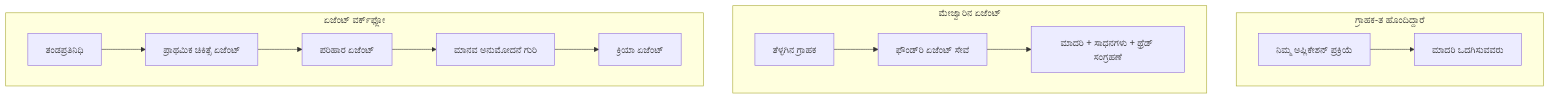
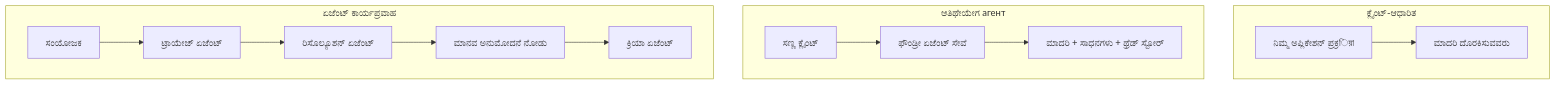
The first of 4 diagrams in translations/kn/16-deploying-scalable-agents/README.md (microsoft/ai-agents-for-beginners), drawn with Mermaid before and after one commit. The commit also changed other lines of this file and 43 other files, not shown here.

````diff
--- a/translations/kn/16-deploying-scalable-agents/README.md
+++ b/translations/kn/16-deploying-scalable-agents/README.md
@@ -87,16 +87,16 @@
 ```mermaid
 flowchart TB
-    subgraph P1[ಗ್ರಾಹಕ-ತ ಹೊಂದಿದ್ದಾರೆ]
-        A1[ನಿಮ್ಮ ಅಪ್ಲಿಕೇಶನ್ ಪ್ರಕ್ರಿಯೆ] --> M1[ಮಾದರಿ ಒದಗಿಸುವವರು]
+    subgraph P1[ಕ್ಲೈಂಟ್-ಆಧಾರಿತ]
+        A1[ನಿಮ್ಮ ಅಪ್ಲಿಕೇಶನ್ ಪ್ರಕ್ರিয়া] --> M1[ಮಾದರಿ ದೊರಕಿಸುವವರು]
     end
-    subgraph P2[ಮೇಜ್ವಾರಿನ ಏಜೆಂಟ್]
-        A2[ತೆಳ್ಳಗಿನ ಗ್ರಾಹಕ] --> F2[ಫೌಂಡ್‌ರಿ ಏಜೆಂಟ್ ಸೇವೆ]
-        F2 --> M2[ಮಾದರಿ + ಸಾಧನಗಳು + ಥ್ರೆಡ್ ಸಂಗ್ರಹಣೆ]
+    subgraph P2[ಆತಿಥೇಯೇಗ агент]
+        A2[ಸಣ್ಣ ಕ್ಲೈಂಟ್] --> F2[ಫೌಂಡ್ರೀ ಏಜೆಂಟ್ ಸೇವೆ]
+        F2 --> M2[ಮಾದರಿ + ಸಾಧನಗಳು + ಥ್ರೆಡ್ ಸ್ಟೋರ್]
     end
-    subgraph P3[ಏಜೆಂಟ್ ವರ್ಕ್‌ಫ್ಲೋ]
-        A3[ತಂಡಪ್ರತಿನಿಧಿ] --> S1[ಪ್ರಾಥಮಿಕ ಚಿಕಿತ್ಸೆ ಏಜೆಂಟ್]
-        S1 --> S2[ಪರಿಹಾರ ಏಜೆಂಟ್]
-        S2 --> H[ಮಾನವ ಅನುಮೋದನೆ ಗುರಿ]
+    subgraph P3[ಏಜೆಂಟ್ ಕಾರ್ಯಪ್ರವಾಹ]
+        A3[ಸಂಯೋಜಕ] --> S1[ಟ್ರಾಯೇಜ್ ಏಜೆಂಟ್]
+        S1 --> S2[ರಿಸೊಲ್ಯೂಶನ್ ಏಜೆಂಟ್]
+        S2 --> H[ಮಾನವ ಅನುಮೋದನೆ ನೋಡು]
         H --> S3[ಕ್ರಿಯಾ ಏಜೆಂಟ್]
     end
 ```
````
